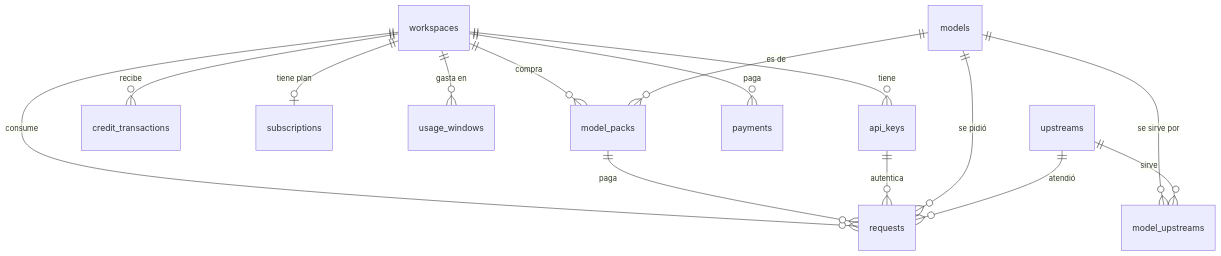
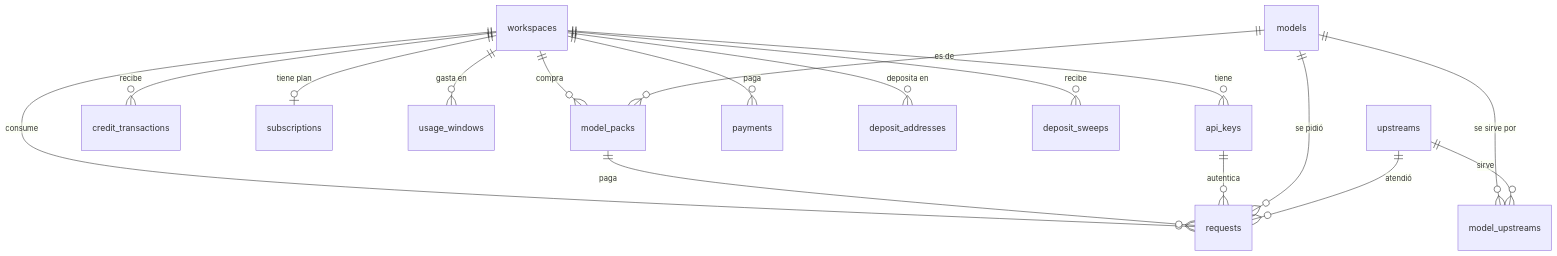
One commit to 0xPasho/cheaptokens.wtf changed the diagram in docs/09-modelo-de-datos.md. Above: the diagram before and after it, drawn with Mermaid. The commit also changed other lines of this file and 136 other files, not shown here.

````diff
--- a/docs/09-modelo-de-datos.md
+++ b/docs/09-modelo-de-datos.md
@@ -10,17 +10,19 @@
 ```mermaid
 erDiagram
   workspaces ||--o{ api_keys : tiene
   workspaces ||--o{ credit_transactions : recibe
   workspaces ||--o{ requests : consume
   workspaces ||--o| subscriptions : "tiene plan"
   workspaces ||--o{ usage_windows : "gasta en"
   workspaces ||--o{ model_packs : compra
   workspaces ||--o{ payments : paga
+  workspaces ||--o{ deposit_addresses : "deposita en"
+  workspaces ||--o{ deposit_sweeps : "recibe"
   model_packs ||--o{ requests : paga
   models ||--o{ model_packs : "es de"
   api_keys ||--o{ requests : autentica
   models ||--o{ model_upstreams : "se sirve por"
   upstreams ||--o{ model_upstreams : sirve
   models ||--o{ requests : "se pidió"
   upstreams ||--o{ requests : atendió
 ```
````
